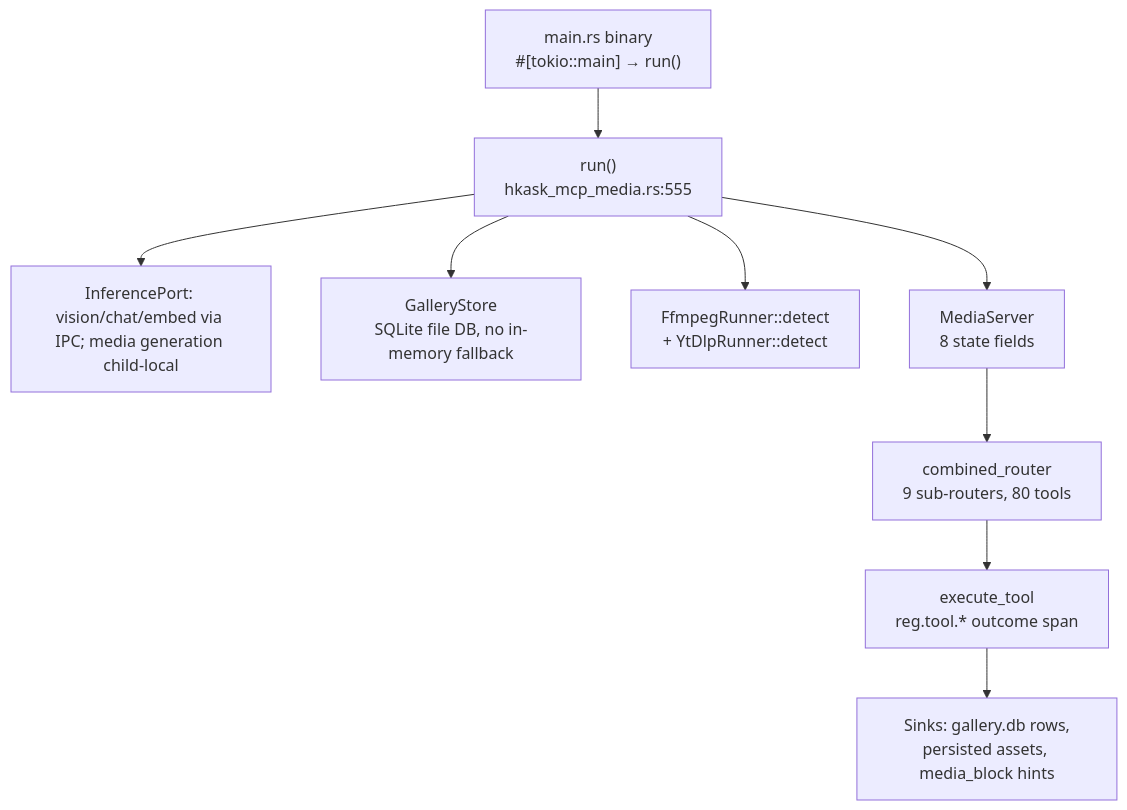
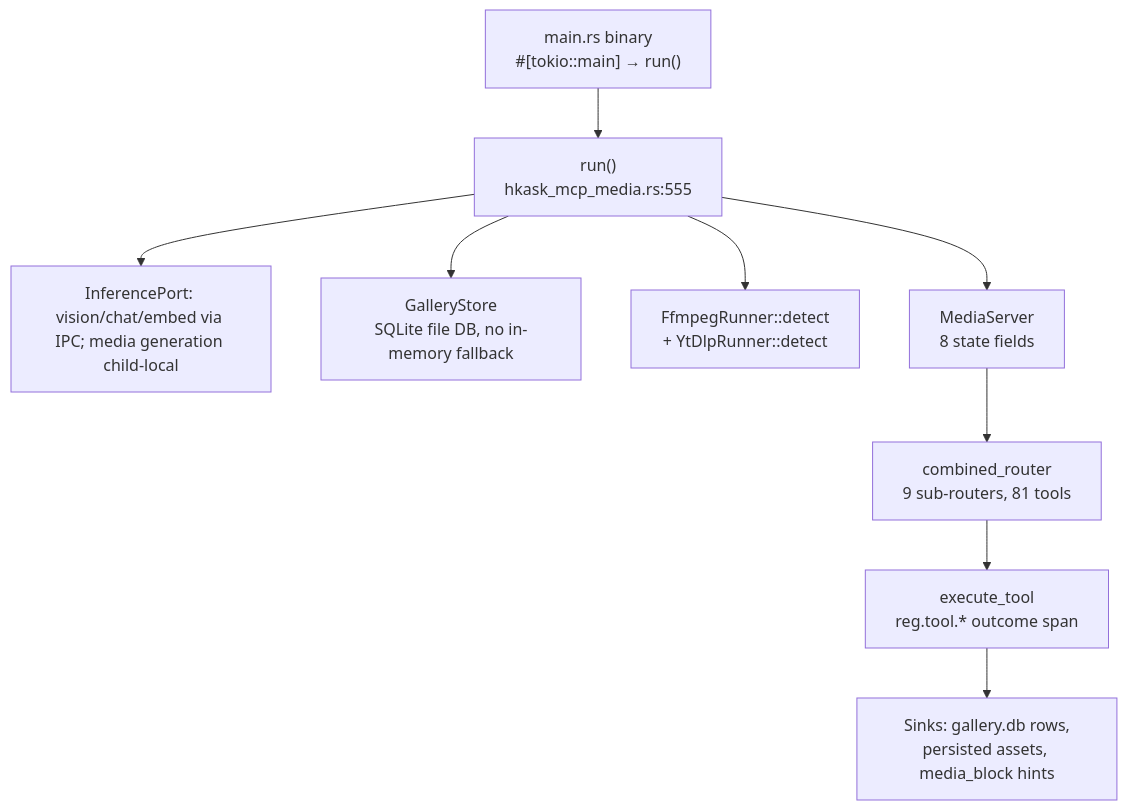
Before and after one commit to mdz-axo/zed-kask: the diagram in kask/docs/reference/mcp-servers/media.md, drawn with Mermaid. The commit also changed other lines of this file and 4 other files, not shown here.

````diff
--- a/kask/docs/reference/mcp-servers/media.md
+++ b/kask/docs/reference/mcp-servers/media.md
@@ -24,21 +24,21 @@
 ```mermaid
 flowchart TD
     binary["main.rs binary<br/>#[tokio::main] → run()"]
     run["run()<br/>hkask_mcp_media.rs:555"]
     port["InferencePort: vision/chat/embed via IPC; media generation child-local"]
     db["GalleryStore<br/>SQLite file DB, no in-memory fallback"]
     ffmpeg["FfmpegRunner::detect<br/>+ YtDlpRunner::detect"]
     server["MediaServer<br/>8 state fields"]
-    router["combined_router<br/>9 sub-routers, 80 tools"]
+    router["combined_router<br/>9 sub-routers, 81 tools"]
     dispatch["execute_tool<br/>reg.tool.* outcome span"]
     sinks["Sinks: gallery.db rows,<br/>persisted assets, media_block hints"]
 
     binary --> run
     run --> port
     run --> db
     run --> ffmpeg
     run --> server
     server --> router
     router --> dispatch
     dispatch --> sinks
 ```
````
